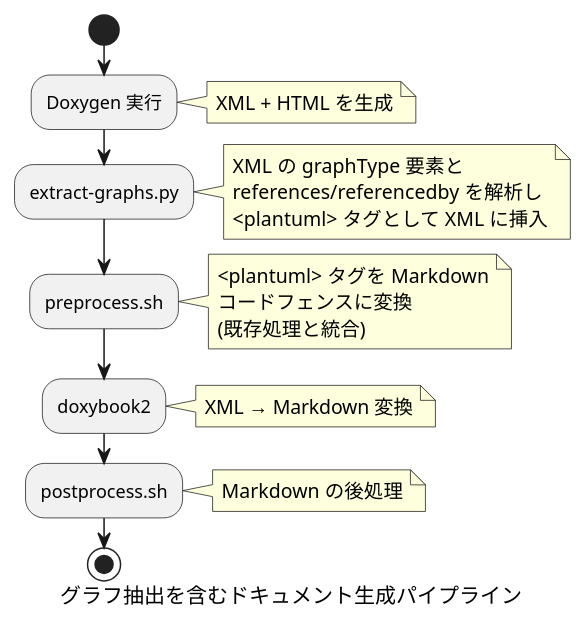
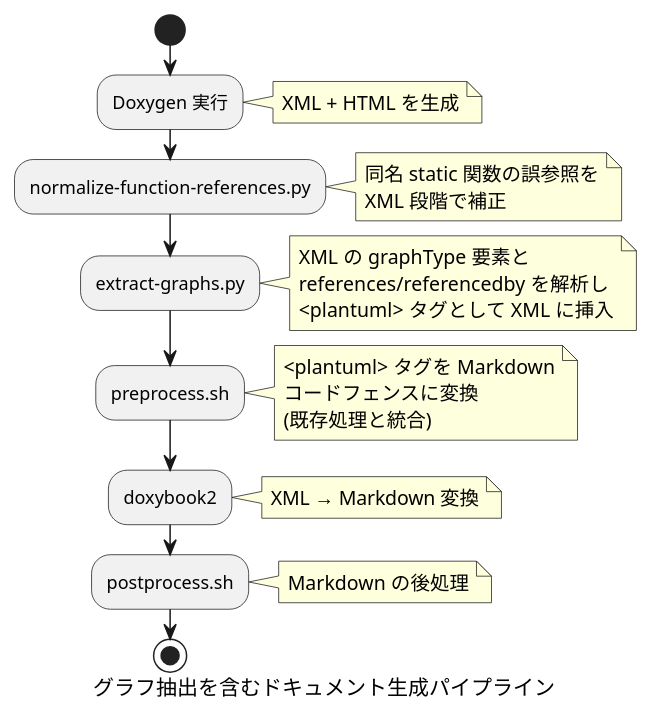
One commit to Hondarer/doxygen-framework changed the first of 5 diagrams in docs/extract-graphs.md. Above: the diagram before and after it, drawn with PlantUML. The commit also changed 6 other files, not shown here.

````diff
--- a/docs/extract-graphs.md
+++ b/docs/extract-graphs.md
@@ -17,25 +17,30 @@
 ```plantuml
 @startuml グラフ抽出を含むドキュメント生成パイプライン
     caption グラフ抽出を含むドキュメント生成パイプライン
     start
     :Doxygen 実行;
     note right: XML + HTML を生成
+    :normalize-function-references.py;
+    note right
+        同名 static 関数の誤参照を
+        XML 段階で補正
+    end note
     :extract-graphs.py;
     note right
         XML の graphType 要素と
         references/referencedby を解析し
         <plantuml> タグとして XML に挿入
     end note
     :preprocess.sh;
     note right
         <plantuml> タグを Markdown
         コードフェンスに変換
         (既存処理と統合)
     end note
     :doxybook2;
     note right: XML → Markdown 変換
     :postprocess.sh;
     note right: Markdown の後処理
     stop
 @enduml
 ```
````
